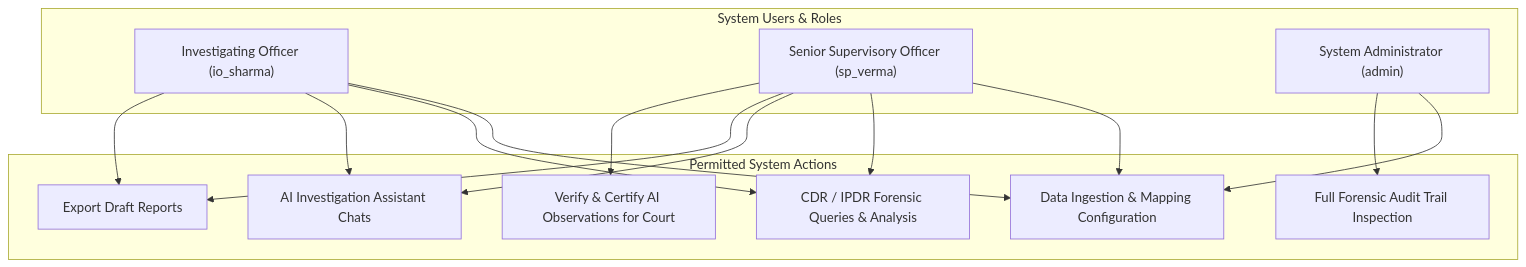
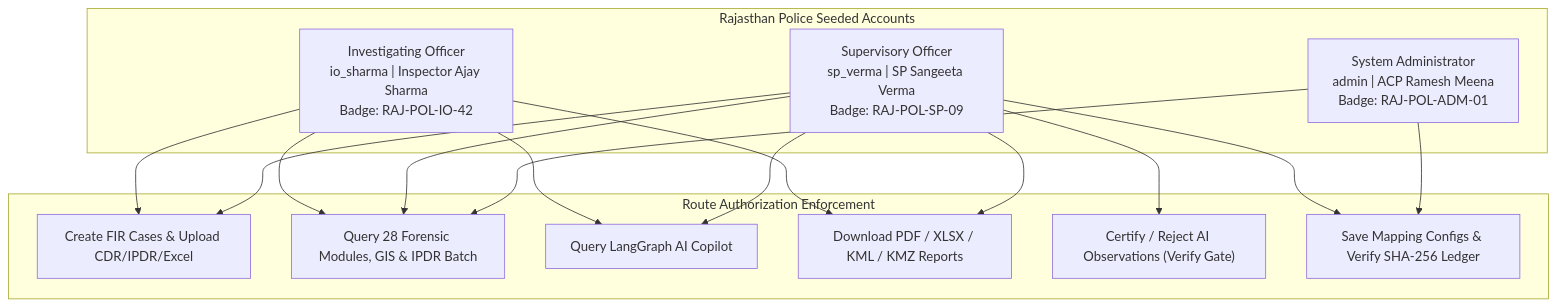
The diagram in docs/security_audit_chain.md (JAIDUUU/Anomus-hackthon-rajishtan), drawn with Mermaid before and after one commit. The commit also changed other lines of this file, not shown here.

Commit message:
docs(security): update RBAC officer credentials and document SHA-256 hash chain verification

````diff
--- a/docs/security_audit_chain.md
+++ b/docs/security_audit_chain.md
@@ -15,31 +11,21 @@
 ```mermaid
 flowchart TD
-    subgraph Users["System Users & Roles"]
-        IO["Investigating Officer (io_sharma)"]
-        SP["Senior Supervisory Officer (sp_verma)"]
-        ADM["System Administrator (admin)"]
+    subgraph Roles["Rajasthan Police Seeded Accounts"]
+        IO["Investigating Officer<br/>io_sharma | Inspector Ajay Sharma<br/>Badge: RAJ-POL-IO-42"]
+        SP["Supervisory Officer<br/>sp_verma | SP Sangeeta Verma<br/>Badge: RAJ-POL-SP-09"]
+        ADM["System Administrator<br/>admin | ACP Ramesh Meena<br/>Badge: RAJ-POL-ADM-01"]
     end
 
-    subgraph Capabilities["Permitted System Actions"]
-        C1["Data Ingestion & Mapping Configuration"]
-        C2["CDR / IPDR Forensic Queries & Analysis"]
-        C3["AI Investigation Assistant Chats"]
-        C4["Export Draft Reports"]
-        C5["Verify & Certify AI Observations for Court"]
-        C6["Full Forensic Audit Trail Inspection"]
+    subgraph Perms["Route Authorization Enforcement"]
+        P1["Create FIR Cases & Upload CDR/IPDR/Excel"]
+        P2["Query 28 Forensic Modules, GIS & IPDR Batch"]
+        P3["Query LangGraph AI Copilot"]
+        P4["Download PDF / XLSX / KML / KMZ Reports"]
+        P5["Certify / Reject AI Observations (Verify Gate)"]
+        P6["Save Mapping Configs & Verify SHA-256 Ledger"]
     end
 
-    IO --> C1
-    IO --> C2
-    IO --> C3
-    IO --> C4
-
-    SP --> C1
-    SP --> C2
-    SP --> C3
-    SP --> C4
-    SP --> C5
-
-    ADM --> C1
-    ADM --> C6
+    IO --> P1 & P2 & P3 & P4
+    SP --> P1 & P2 & P3 & P4 & P5 & P6
+    ADM --> P2 & P6
 ```
````
